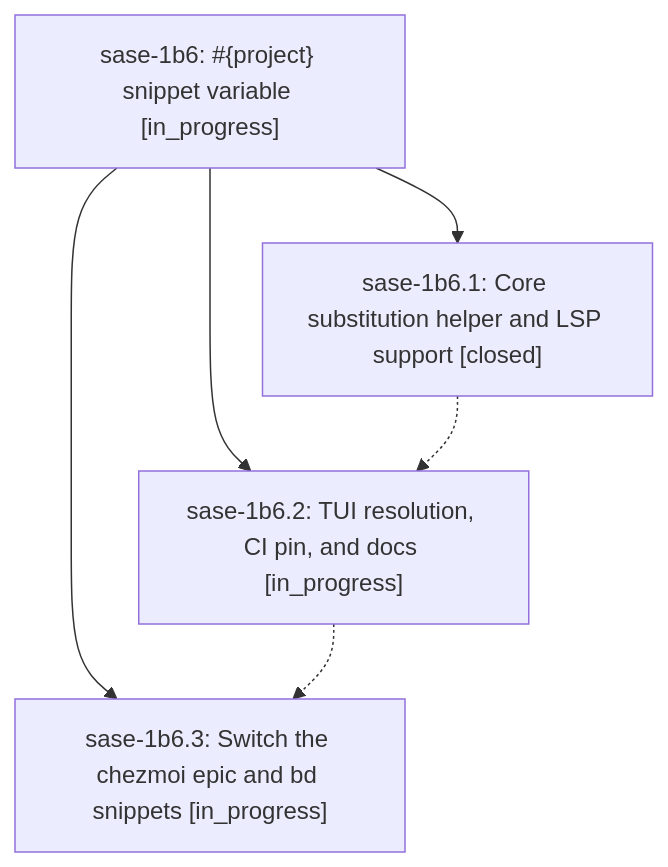
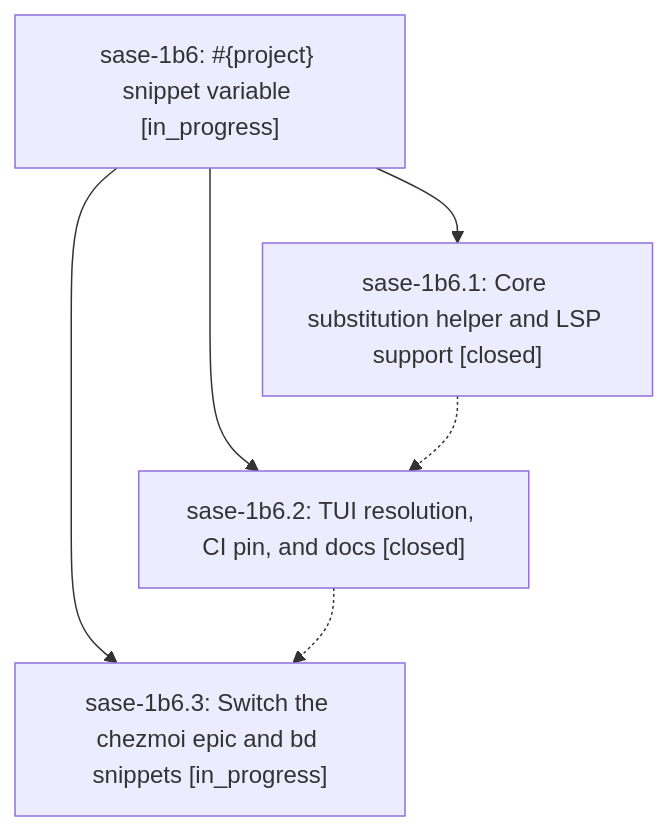
Before and after one commit to sase-org/sase--beads: the diagram in pages/sase-1b6/README.md, drawn with Mermaid. The commit also changed other lines of this file and 3 other files, not shown here.

````diff
--- a/pages/sase-1b6/README.md
+++ b/pages/sase-1b6/README.md
@@ -24,12 +36,12 @@
 ```mermaid
 flowchart TD
     n0["sase-1b6: #{project} snippet variable [in_progress]"]
     n1["sase-1b6.1: Core substitution helper and LSP support [closed]"]
-    n2["sase-1b6.2: TUI resolution, CI pin, and docs [in_progress]"]
+    n2["sase-1b6.2: TUI resolution, CI pin, and docs [closed]"]
     n3["sase-1b6.3: Switch the chezmoi epic and bd snippets [in_progress]"]
     n0 --> n1
     n0 --> n2
     n0 --> n3
     n1 -.-> n2
     n2 -.-> n3
 ```
````
